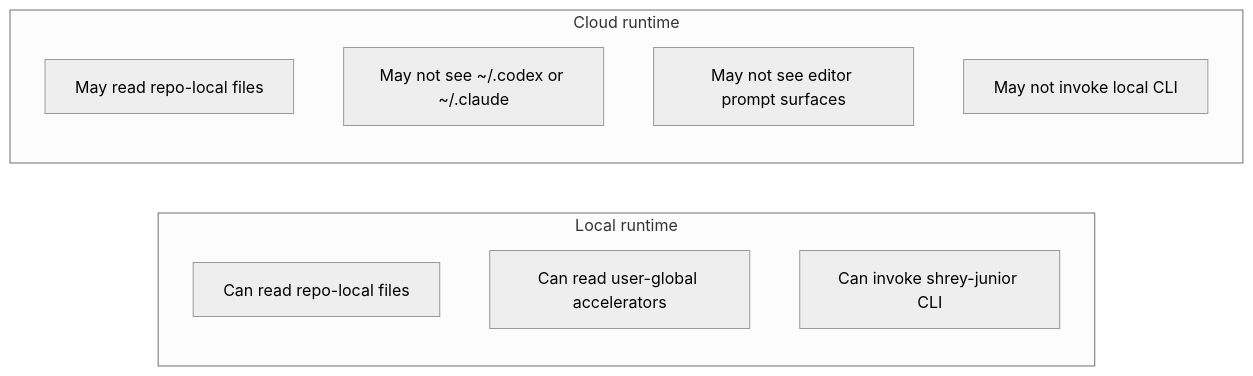
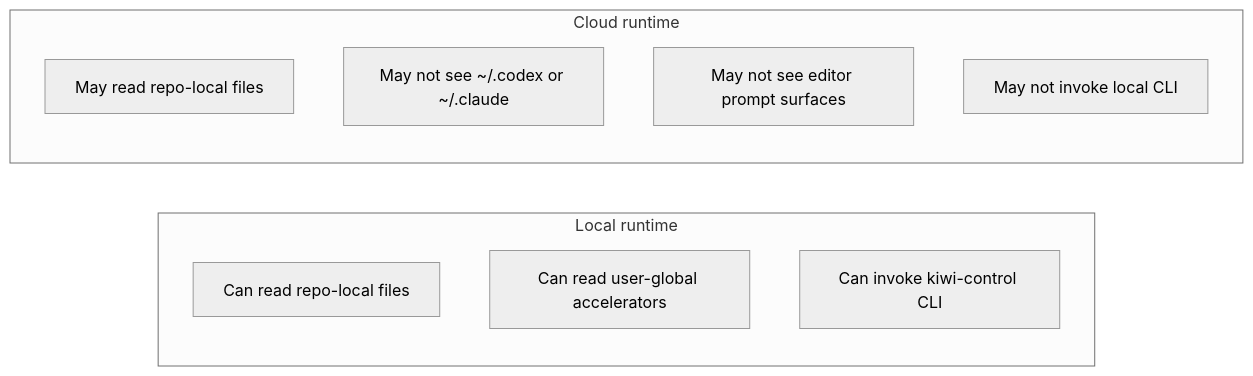
Before and after one commit to sonishrey9/kiwi_control: the sixth of 8 diagrams in docs/technical-architecture.md, drawn with Mermaid (neutral theme). The commit also changed other lines of this file and 96 other files, not shown here.

````diff
--- a/docs/technical-architecture.md
+++ b/docs/technical-architecture.md
@@ -259,15 +259,15 @@
 ```mermaid
 flowchart LR
     subgraph Local["Local runtime"]
         L1["Can read repo-local files"]
         L2["Can read user-global accelerators"]
-        L3["Can invoke shrey-junior CLI"]
+        L3["Can invoke kiwi-control CLI"]
     end
 
     subgraph Cloud["Cloud runtime"]
         C1["May read repo-local files"]
         C2["May not see ~/.codex or ~/.claude"]
         C3["May not see editor prompt surfaces"]
         C4["May not invoke local CLI"]
     end
 ```
````
